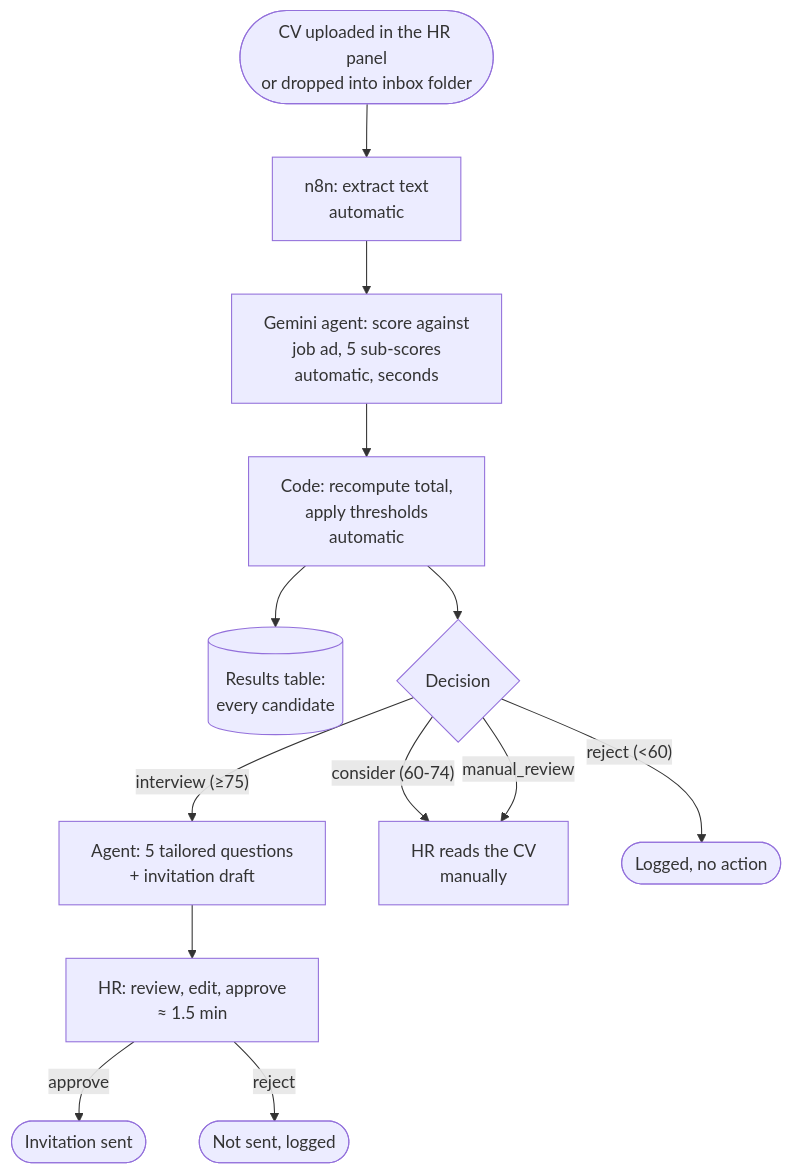
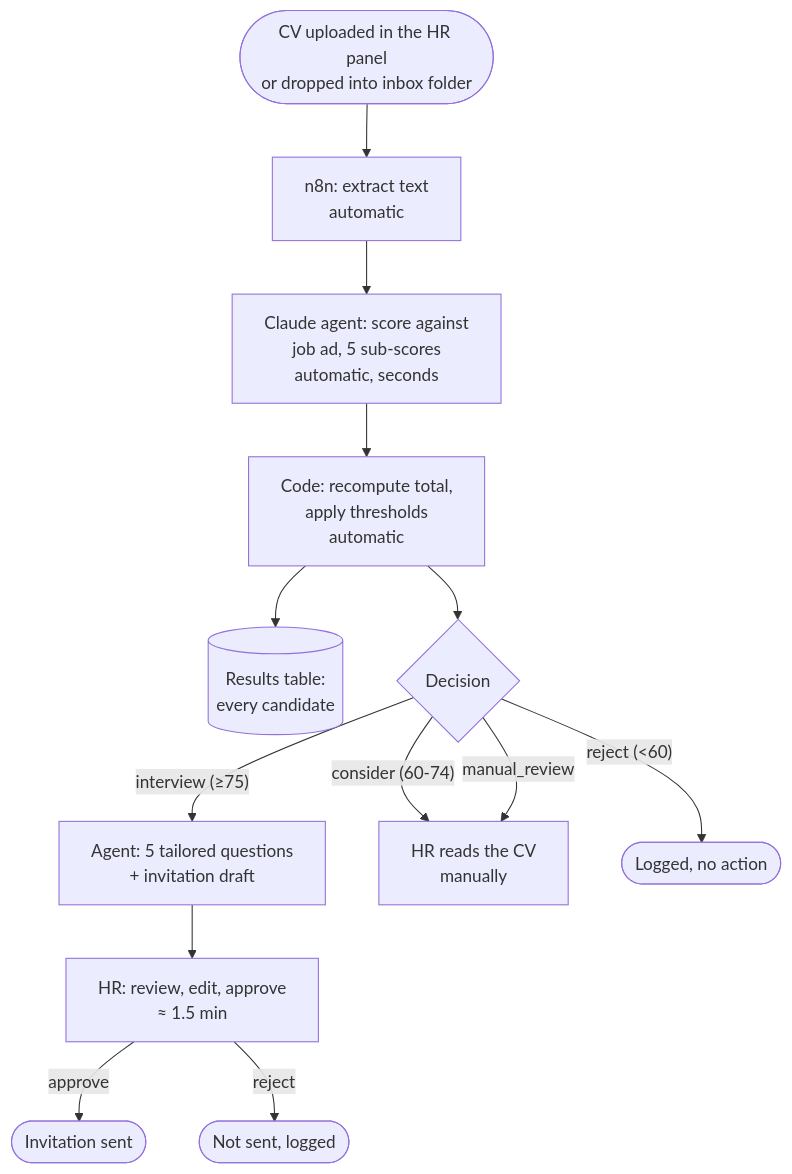
One commit to hkankyilmaz/ekomino-cv-screening changed the third of 3 diagrams in docs/process-analysis.md. Above: the diagram before and after it, drawn with Mermaid. The commit also changed other lines of this file and 18 other files, not shown here.

First line of the commit message:
Switch AI agent to Claude Sonnet 5.5, add TR/EN panel, real test results

````diff
--- a/docs/process-analysis.md
+++ b/docs/process-analysis.md
@@ -84,15 +84,15 @@
 ```mermaid
 flowchart TD
     S([CV uploaded in the HR panel<br/>or dropped into inbox folder]) --> A[n8n: extract text<br/>automatic]
-    A --> B[Gemini agent: score against<br/>job ad, 5 sub-scores<br/>automatic, seconds]
+    A --> B[Claude agent: score against<br/>job ad, 5 sub-scores<br/>automatic, seconds]
     B --> C[Code: recompute total,<br/>apply thresholds<br/>automatic]
     C --> D[(Results table:<br/>every candidate)]
     C --> E{Decision}
     E -- "interview (≥75)" --> F[Agent: 5 tailored questions<br/>+ invitation draft]
     F --> G[HR: review, edit, approve<br/>≈ 1.5 min]
     G -- approve --> H([Invitation sent])
     G -- reject --> I([Not sent, logged])
     E -- "consider (60-74)" --> J[HR reads the CV<br/>manually]
     E -- "reject (<60)" --> K([Logged, no action])
     E -- manual_review --> J
 ```
````
